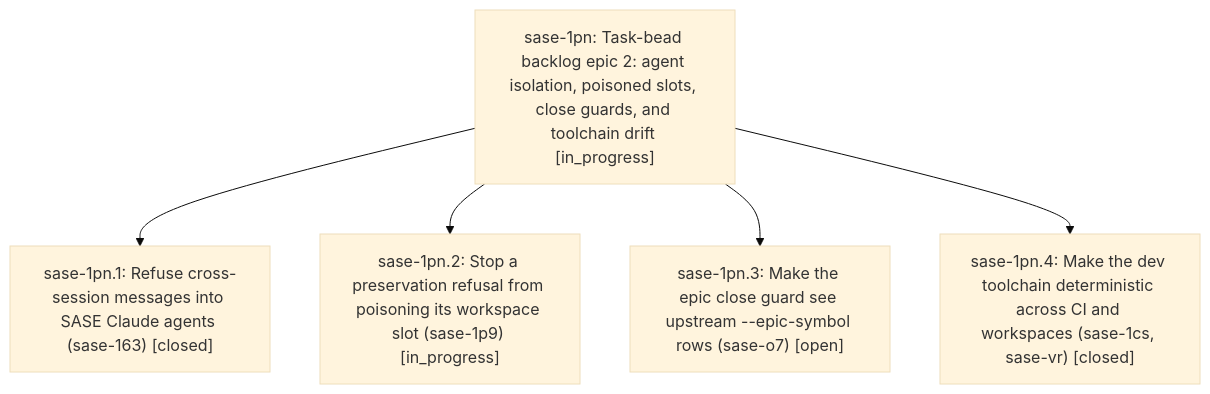
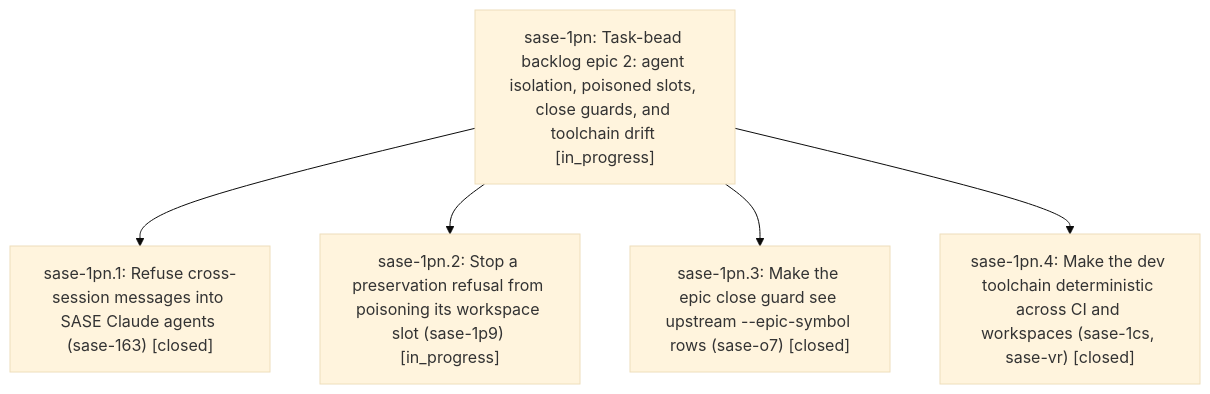
One commit to sase-org/sase--beads changed the diagram in pages/sase-1pn/README.md. Above: the diagram before and after it, drawn with Mermaid (base theme). The commit also changed other lines of this file and 2 other files, not shown here.

First line of the commit message:
chore(beads): sync bead state and pages for sase-1pn

````diff
--- a/pages/sase-1pn/README.md
+++ b/pages/sase-1pn/README.md
@@ -37,12 +37,12 @@
 ```mermaid
 flowchart TD
     n0["sase-1pn: Task-bead backlog epic 2: agent isolation, poisoned slots, close guards, and toolchain drift [in_progress]"]
     n1["sase-1pn.1: Refuse cross-session messages into SASE Claude agents (sase-163) [closed]"]
     n2["sase-1pn.2: Stop a preservation refusal from poisoning its workspace slot (sase-1p9) [in_progress]"]
-    n3["sase-1pn.3: Make the epic close guard see upstream --epic-symbol rows (sase-o7) [open]"]
+    n3["sase-1pn.3: Make the epic close guard see upstream --epic-symbol rows (sase-o7) [closed]"]
     n4["sase-1pn.4: Make the dev toolchain deterministic across CI and workspaces (sase-1cs, sase-vr) [closed]"]
     n0 --> n1
     n0 --> n2
     n0 --> n3
     n0 --> n4
 ```
````
